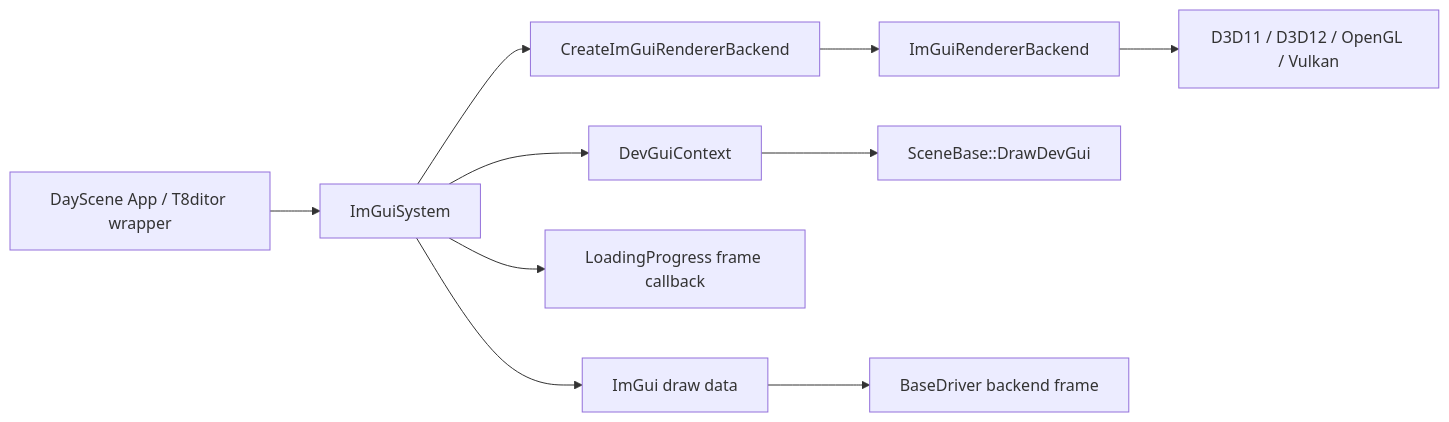
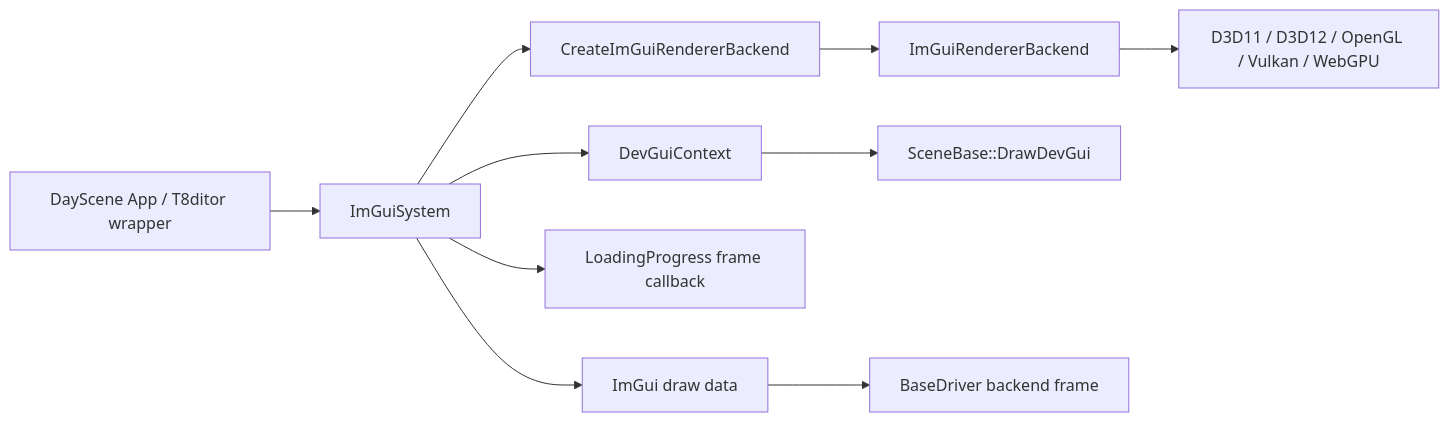
Before and after one commit to 0Camus0/T850: the first of 3 diagrams in documentation/editor/imgui-system.md, drawn with Mermaid. The commit also changed other lines of this file and 92 other files, not shown here.

````diff
--- a/documentation/editor/imgui-system.md
+++ b/documentation/editor/imgui-system.md
@@ -39,12 +39,12 @@
 ```mermaid
 flowchart LR
   App["DayScene App / T8ditor wrapper"] --> ImGuiSystem["ImGuiSystem"]
   ImGuiSystem --> Factory["CreateImGuiRendererBackend"]
   Factory --> Renderer["ImGuiRendererBackend"]
-  Renderer --> APIs["D3D11 / D3D12 / OpenGL / Vulkan"]
+  Renderer --> APIs["D3D11 / D3D12 / OpenGL / Vulkan / WebGPU"]
   ImGuiSystem --> DevGui["DevGuiContext"]
   DevGui --> SceneGui["SceneBase::DrawDevGui"]
   ImGuiSystem --> Loading["LoadingProgress frame callback"]
   ImGuiSystem --> DrawData["ImGui draw data"]
   DrawData --> Driver["BaseDriver backend frame"]
 ```
````
